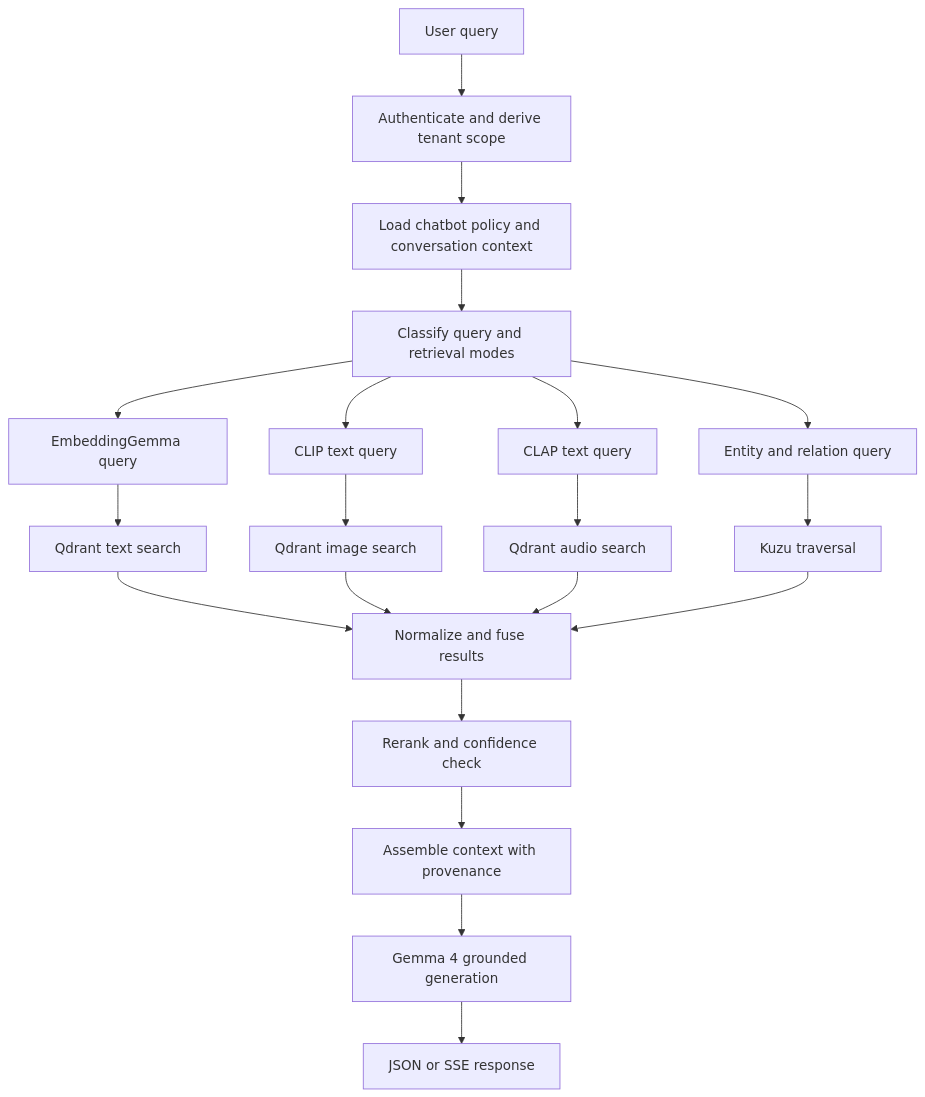
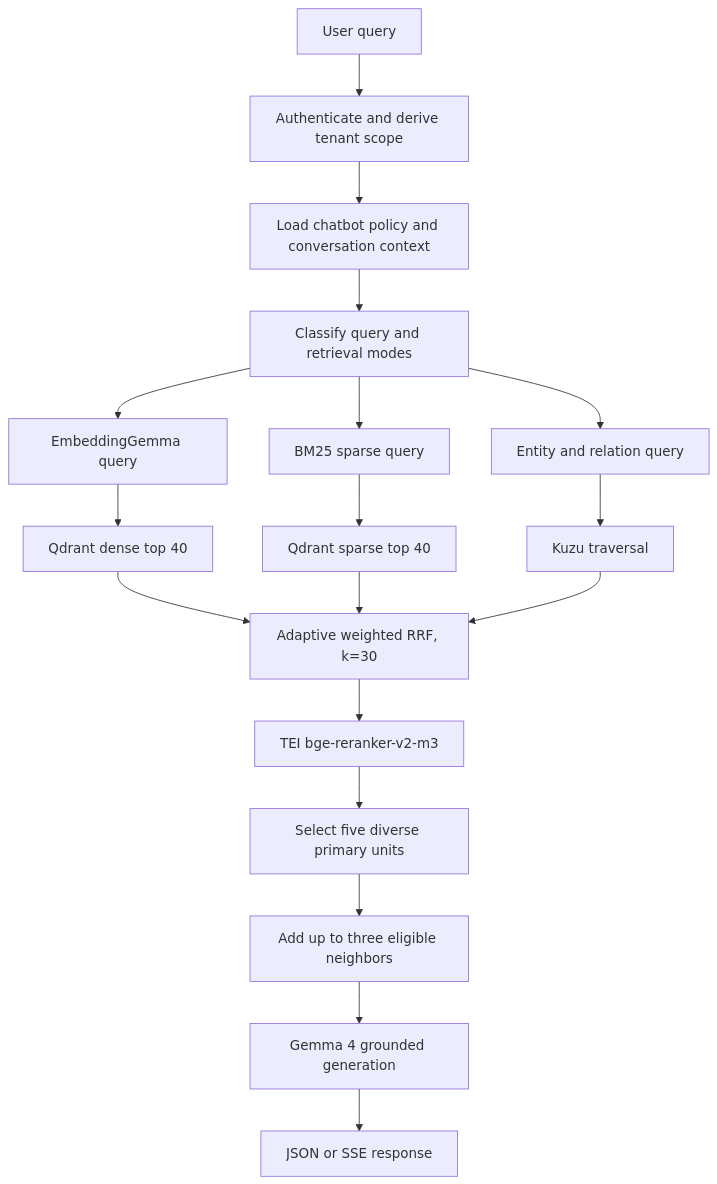
The third of 3 diagrams in README.md (Kuvox-stud-cmc/Cacanode), drawn with Mermaid before and after one commit. The commit also changed other lines of this file and 40 other files, not shown here.

````diff
--- a/README.md
+++ b/README.md
@@ -576,26 +583,24 @@
 ```mermaid
 flowchart TD
     Query[User query] --> Auth[Authenticate and derive tenant scope]
     Auth --> Policy[Load chatbot policy and conversation context]
     Policy --> Route[Classify query and retrieval modes]
 
-    Route --> TextQuery[EmbeddingGemma query]
-    Route --> VisualQuery[CLIP text query]
-    Route --> AudioQuery[CLAP text query]
+    Route --> DenseQuery[EmbeddingGemma query]
+    Route --> SparseQuery[BM25 sparse query]
     Route --> GraphQuery[Entity and relation query]
 
-    TextQuery --> TextSearch[Qdrant text search]
-    VisualQuery --> VisualSearch[Qdrant image search]
-    AudioQuery --> AudioSearch[Qdrant audio search]
+    DenseQuery --> DenseSearch[Qdrant dense top 40]
+    SparseQuery --> SparseSearch[Qdrant sparse top 40]
     GraphQuery --> GraphSearch[Kuzu traversal]
 
-    TextSearch --> Fusion[Normalize and fuse results]
-    VisualSearch --> Fusion
-    AudioSearch --> Fusion
+    DenseSearch --> Fusion[Adaptive weighted RRF, k=30]
+    SparseSearch --> Fusion
     GraphSearch --> Fusion
 
-    Fusion --> Rerank[Rerank and confidence check]
-    Rerank --> Context[Assemble context with provenance]
+    Fusion --> Rerank[TEI bge-reranker-v2-m3]
+    Rerank --> Primary[Select five diverse primary units]
+    Primary --> Context[Add up to three eligible neighbors]
     Context --> Generate[Gemma 4 grounded generation]
     Generate --> Stream[JSON or SSE response]
 ```
````
